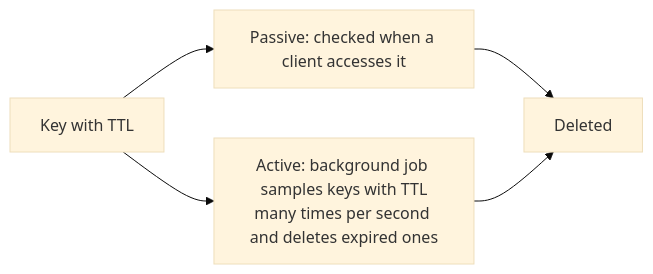
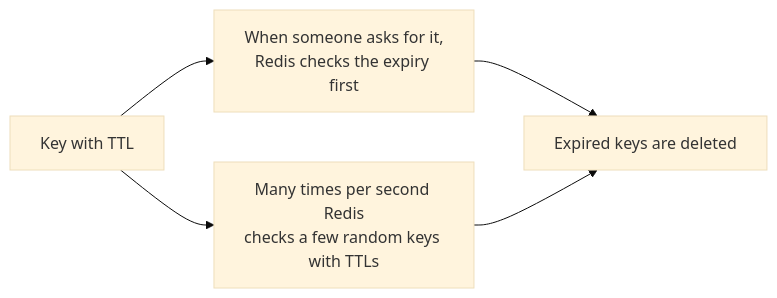
The third of 30 diagrams in redis.md (selvakumarperumal/Regulatory_Circular_Impact_Agent), drawn with Mermaid (base theme) before and after one commit. The commit also changed other lines of this file, not shown here.

````diff
--- a/redis.md
+++ b/redis.md
@@ -329,7 +511,7 @@
 ```mermaid
 flowchart LR
-    K["Key with TTL"] --> P["Passive: checked when a client accesses it"]
-    K --> A["Active: background job samples keys with TTL<br/>many times per second and deletes expired ones"]
-    P --> D["Deleted"]
+    K["Key with TTL"] --> P["When someone asks for it,<br/>Redis checks the expiry first"]
+    K --> A["Many times per second Redis<br/>checks a few random keys with TTLs"]
+    P --> D["Expired keys are deleted"]
     A --> D
 ```
````
